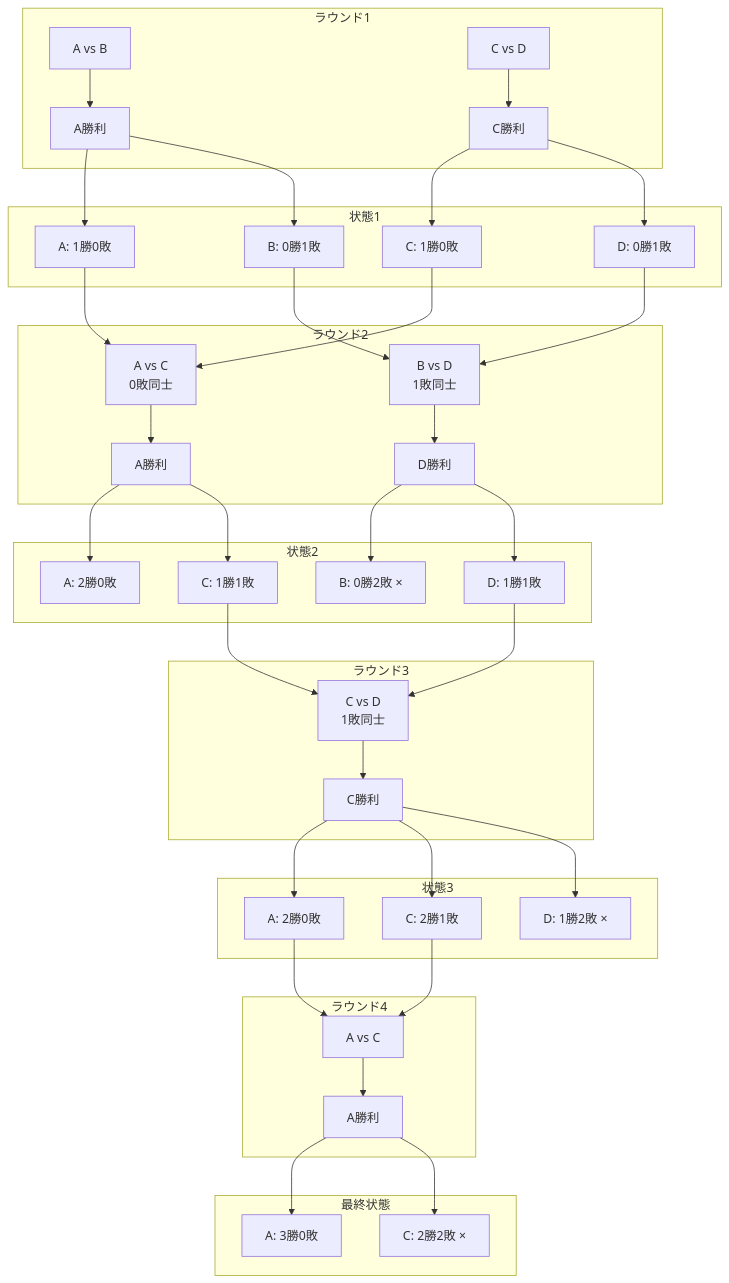
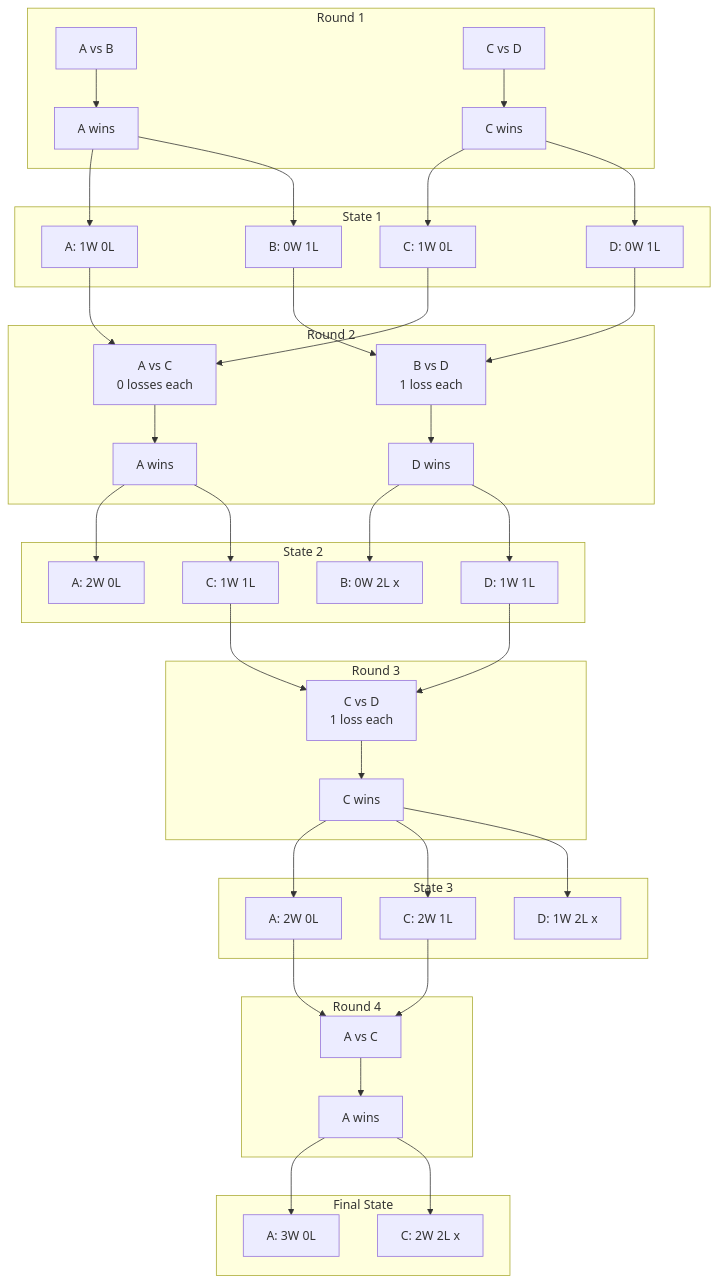
Before and after one commit to TomokiIshimine/llm-qualitative-sort: the fifth of 7 diagrams in docs/tournament.md, drawn with Mermaid. The commit also changed other lines of this file and 7 other files, not shown here.

````diff
--- a/docs/tournament.md
+++ b/docs/tournament.md
@@ -146,73 +148,73 @@
 ```mermaid
 graph TB
-    subgraph "ラウンド1"
-        M1[A vs B] --> R1[A勝利]
-        M2[C vs D] --> R2[C勝利]
+    subgraph "Round 1"
+        M1[A vs B] --> R1[A wins]
+        M2[C vs D] --> R2[C wins]
     end
 
-    subgraph "状態1"
-        S1A[A: 1勝0敗]
-        S1B[B: 0勝1敗]
-        S1C[C: 1勝0敗]
-        S1D[D: 0勝1敗]
+    subgraph "State 1"
+        S1A[A: 1W 0L]
+        S1B[B: 0W 1L]
+        S1C[C: 1W 0L]
+        S1D[D: 0W 1L]
     end
 
-    subgraph "ラウンド2"
-        M3[A vs C<br/>0敗同士] --> R3[A勝利]
-        M4[B vs D<br/>1敗同士] --> R4[D勝利]
+    subgraph "Round 2"
+        M3[A vs C<br/>0 losses each] --> R3[A wins]
+        M4[B vs D<br/>1 loss each] --> R4[D wins]
     end
 
-    subgraph "状態2"
-        S2A[A: 2勝0敗]
-        S2B["B: 0勝2敗 ×"]
-        S2C[C: 1勝1敗]
-        S2D[D: 1勝1敗]
+    subgraph "State 2"
+        S2A[A: 2W 0L]
+        S2B["B: 0W 2L x"]
+        S2C[C: 1W 1L]
+        S2D[D: 1W 1L]
     end
 
-    subgraph "ラウンド3"
-        M5[C vs D<br/>1敗同士] --> R5[C勝利]
+    subgraph "Round 3"
+        M5[C vs D<br/>1 loss each] --> R5[C wins]
     end
 
-    subgraph "状態3"
-        S3A[A: 2勝0敗]
-        S3C[C: 2勝1敗]
-        S3D["D: 1勝2敗 ×"]
+    subgraph "State 3"
+        S3A[A: 2W 0L]
+        S3C[C: 2W 1L]
+        S3D["D: 1W 2L x"]
     end
 
-    subgraph "ラウンド4"
-        M6[A vs C] --> R6[A勝利]
+    subgraph "Round 4"
+        M6[A vs C] --> R6[A wins]
     end
 
-    subgraph "最終状態"
-        FA[A: 3勝0敗]
-        FC["C: 2勝2敗 ×"]
+    subgraph "Final State"
+        FA[A: 3W 0L]
+        FC["C: 2W 2L x"]
     end
 
     R1 --> S1A
     R1 --> S1B
     R2 --> S1C
     R2 --> S1D
 
     S1A --> M3
     S1C --> M3
     S1B --> M4
     S1D --> M4
 
     R3 --> S2A
     R3 --> S2C
     R4 --> S2B
     R4 --> S2D
 
     S2C --> M5
     S2D --> M5
 
     R5 --> S3A
     R5 --> S3C
     R5 --> S3D
 
     S3A --> M6
     S3C --> M6
 
     R6 --> FA
     R6 --> FC
 ```
````
